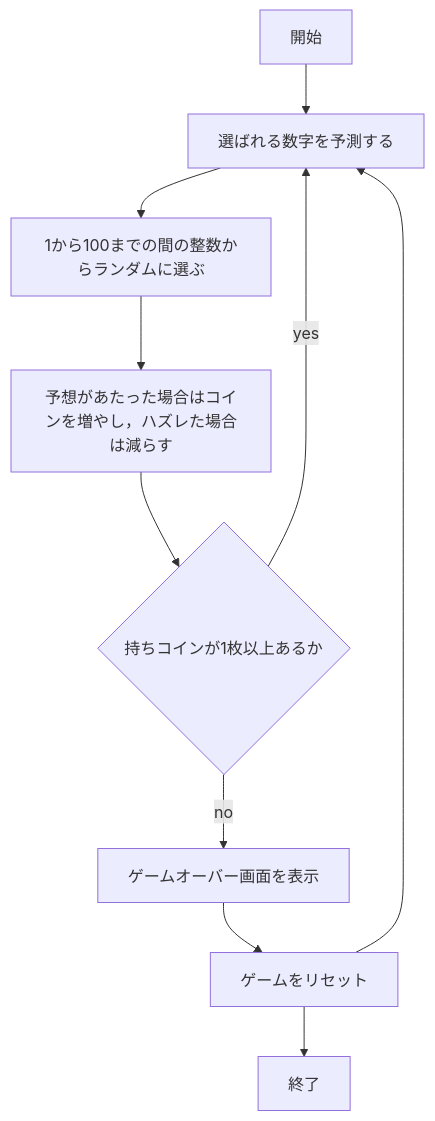
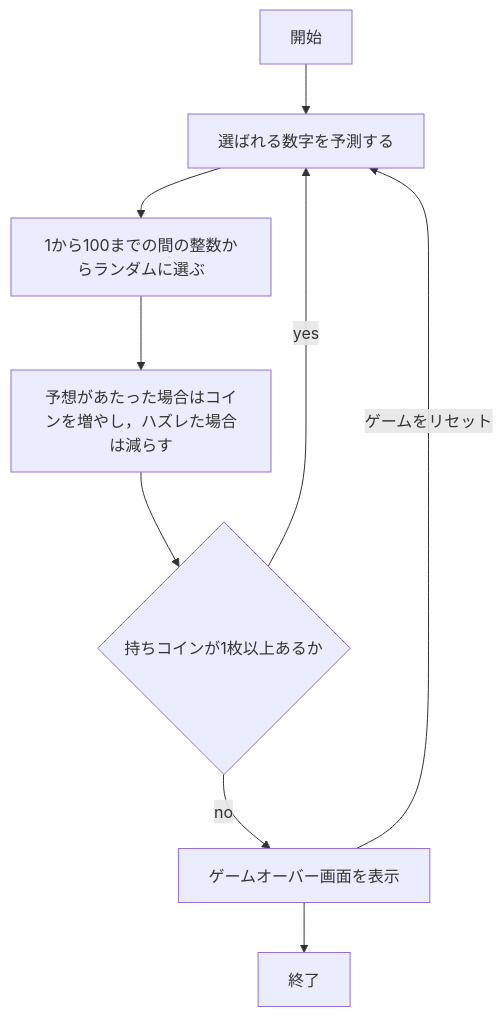
One commit to kanayuu0404/webpro_06 changed the third of 3 diagrams in README.md. Above: the diagram before and after it, drawn with Mermaid.

Commit message:
ルーレットのフローチャートを修正

````diff
--- a/README.md
+++ b/README.md
@@ -115,22 +115,20 @@
 ```mermaid
 flowchart TD;
 
 start["開始"];
 end1["終了"]
 kake["選ばれる数字を予測する"]
 roulette["1から100までの間の整数からランダムに選ぶ"]
 syori["予想があたった場合はコインを増やし，ハズレた場合は減らす"]
 if{"持ちコインが1枚以上あるか"}
 over["ゲームオーバー画面を表示"]
-reset["ゲームをリセット"]
 
 start --> kake
 kake --> roulette
 roulette --> syori
 syori --> if
 if --> |yes| kake
 if --> |no| over
-over --> reset
-reset --> kake
-reset --> end1
+over --> |ゲームをリセット| kake
+over --> end1
 ```
````
